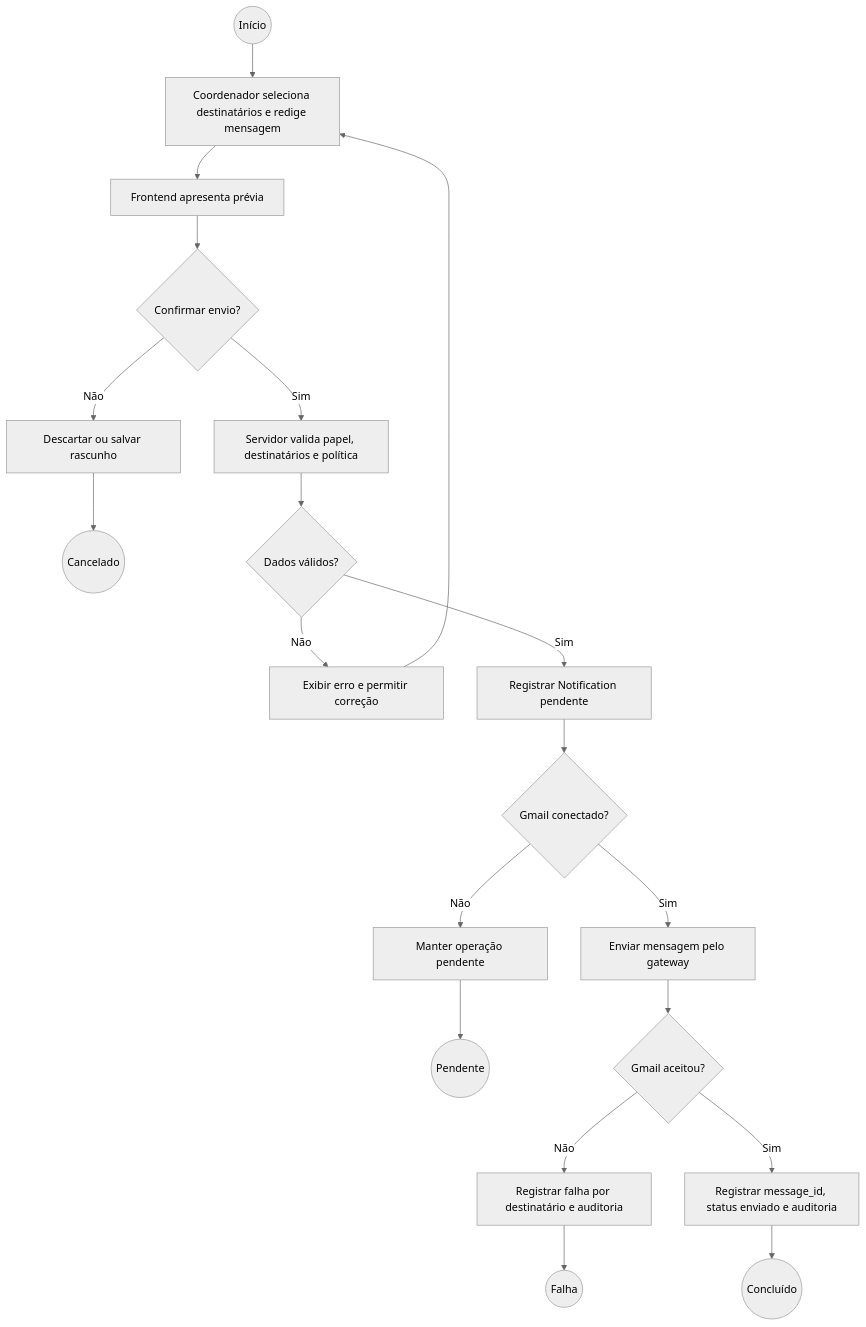
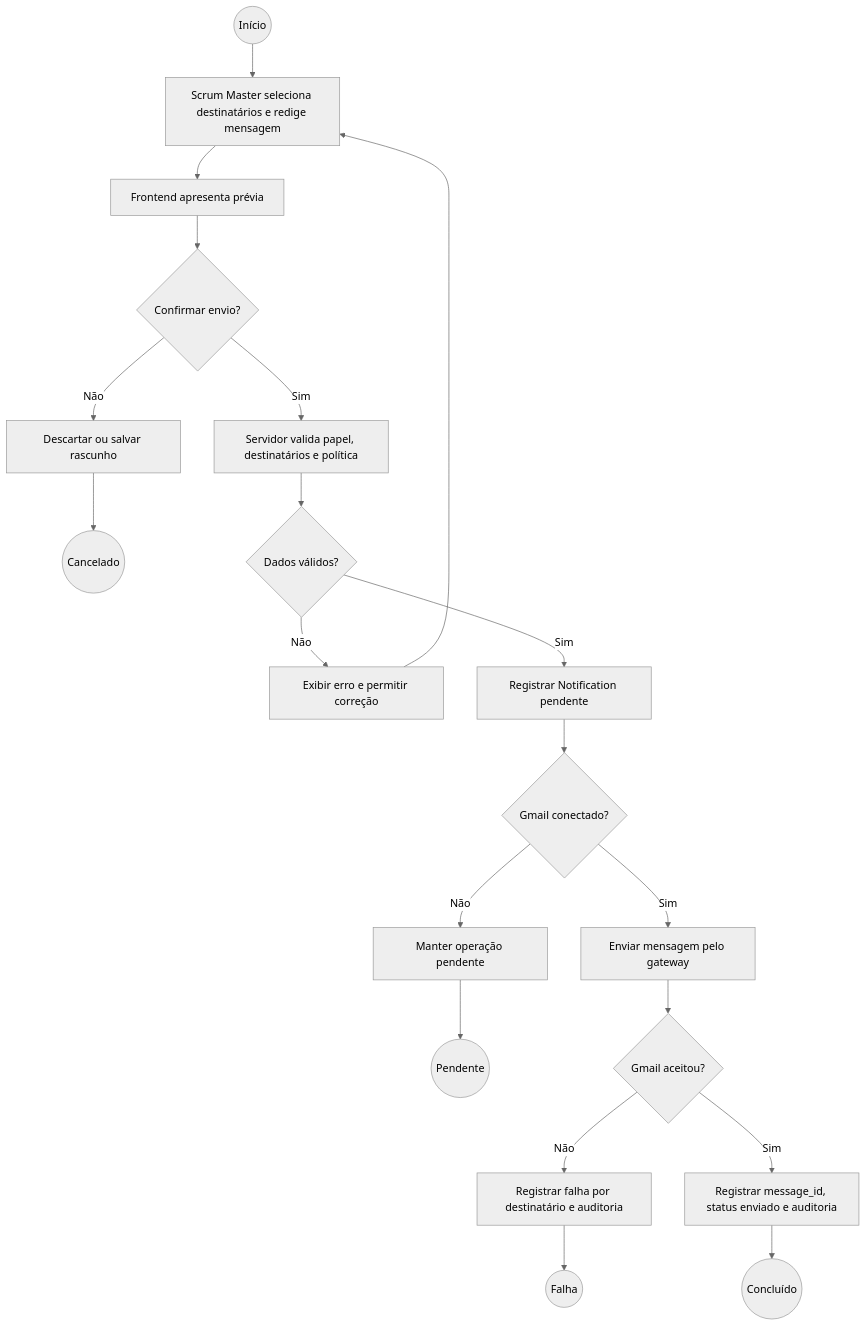
Before and after one commit to LuHenRe/PETBSI-SCRUM: the fourth of 6 diagrams in docs/especificao-de-software/09-diagramas-de-atividade.md, drawn with Mermaid (neutral theme). The commit also changed other lines of this file and 13 other files, not shown here.

````diff
--- a/docs/especificao-de-software/09-diagramas-de-atividade.md
+++ b/docs/especificao-de-software/09-diagramas-de-atividade.md
@@ -91,22 +91,22 @@
 ```mermaid
 flowchart TD
-    Start((Início)) --> Compose[Coordenador seleciona destinatários e redige mensagem]
+    Start((Início)) --> Compose[Scrum Master seleciona destinatários e redige mensagem]
     Compose --> Preview[Frontend apresenta prévia]
     Preview --> Decision1{Confirmar envio?}
     Decision1 -- Não --> Cancel[Descartar ou salvar rascunho]
     Cancel --> End1((Cancelado))
     Decision1 -- Sim --> Validate[Servidor valida papel, destinatários e política]
     Validate --> Decision2{Dados válidos?}
     Decision2 -- Não --> Error[Exibir erro e permitir correção]
     Error --> Compose
     Decision2 -- Sim --> Pending[Registrar Notification pendente]
     Pending --> Connection{Gmail conectado?}
     Connection -- Não --> Waiting[Manter operação pendente]
     Waiting --> End2((Pendente))
     Connection -- Sim --> Send[Enviar mensagem pelo gateway]
     Send --> Decision3{Gmail aceitou?}
     Decision3 -- Não --> Failed[Registrar falha por destinatário e auditoria]
     Failed --> End3((Falha))
     Decision3 -- Sim --> Sent[Registrar message_id, status enviado e auditoria]
     Sent --> End4((Concluído))
 ```
````
